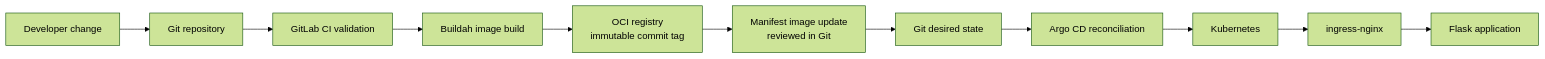
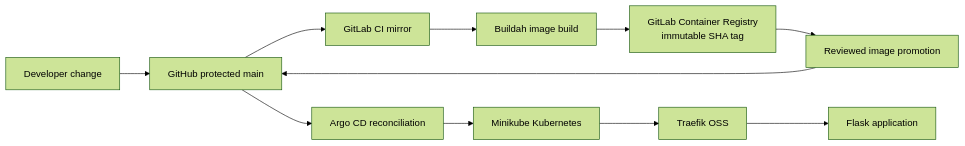
The diagram in docs/architecture.md (goozcena-gnl/flask-kubernetes-gitops-lab), drawn with Mermaid (forest theme) before and after one commit. The commit also changed other lines of this file and 6 other files, not shown here.

First line of the commit message:
docs: record Minikube Argo CD E2E validation

````diff
--- a/docs/architecture.md
+++ b/docs/architecture.md
@@ -5,13 +5,13 @@
 ```mermaid
 flowchart LR
-    DEV[Developer change] --> GIT[Git repository]
-    GIT --> CI[GitLab CI validation]
-    CI --> BUILD[Buildah image build]
-    BUILD --> REG[OCI registry\nimmutable commit tag]
-    REG --> PR[Manifest image update\nreviewed in Git]
-    PR --> GITOPS[Git desired state]
-    GITOPS --> ARGO[Argo CD reconciliation]
-    ARGO --> K8S[Kubernetes]
-    K8S --> ING[ingress-nginx]
-    ING --> APP[Flask application]
+    DEV[Developer change] --> GITHUB[GitHub protected main]
+    GITHUB --> GITLAB[GitLab CI mirror]
+    GITLAB --> BUILD[Buildah image build]
+    BUILD --> REG[GitLab Container Registry\nimmutable SHA tag]
+    REG --> PROMOTE[Reviewed image promotion]
+    PROMOTE --> GITHUB
+    GITHUB --> ARGO[Argo CD reconciliation]
+    ARGO --> MINI[Minikube Kubernetes]
+    MINI --> TRAEFIK[Traefik OSS]
+    TRAEFIK --> APP[Flask application]
 ```
````
